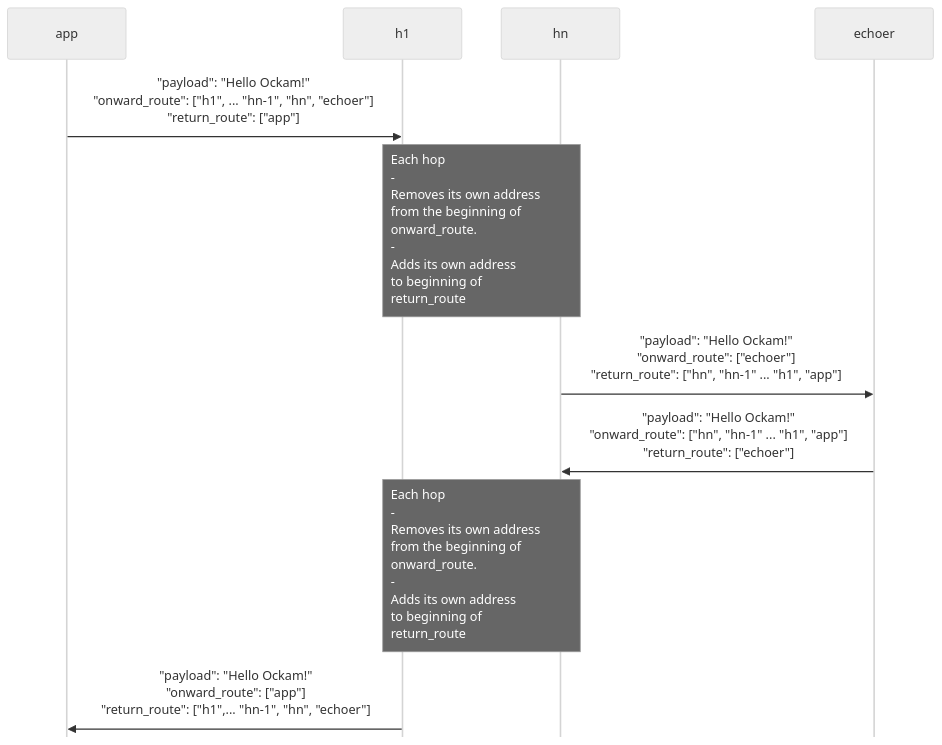
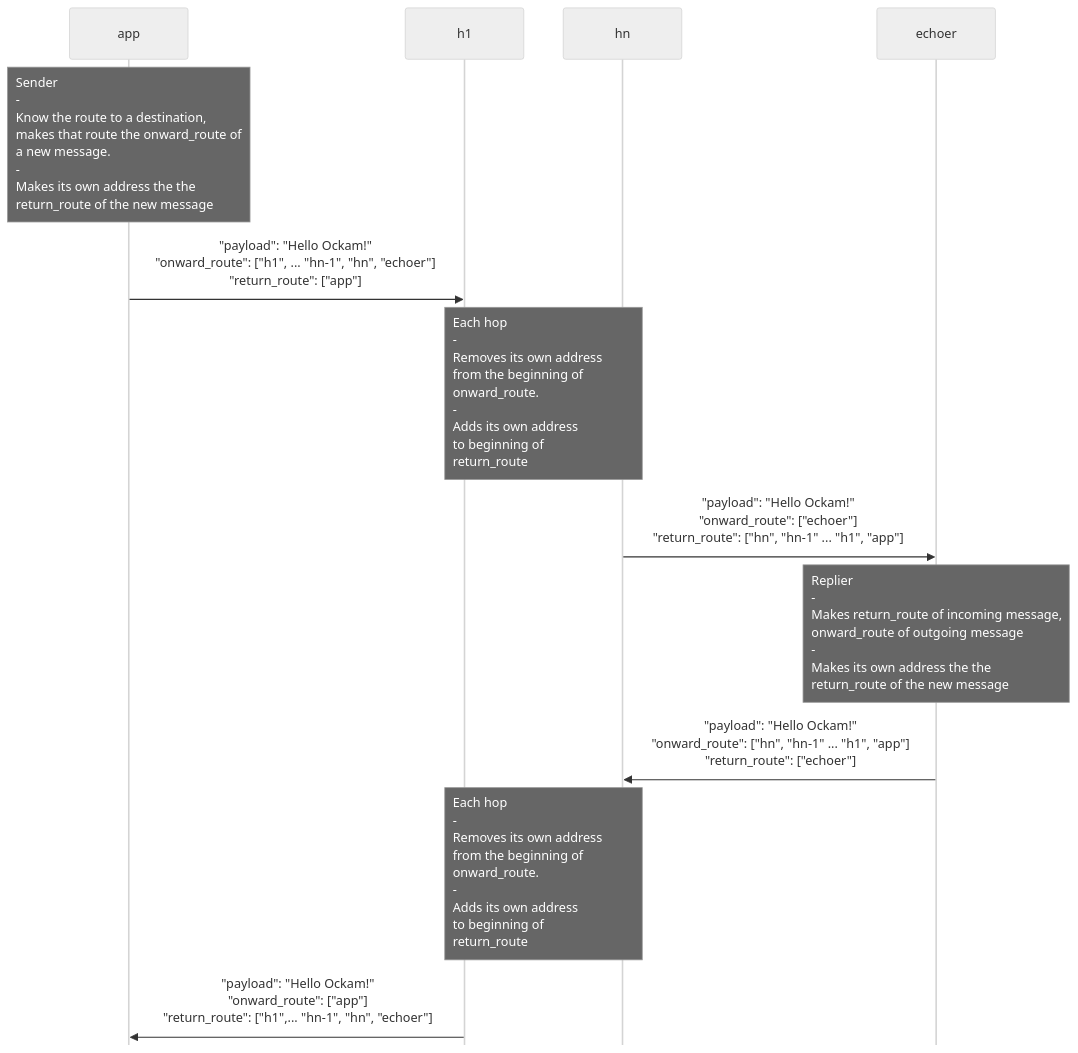
The third of 3 diagrams in libraries/rust/routing.md (build-trust/ockam-documentation), drawn with Mermaid (neutral theme) before and after one commit.

Commit message:
GitBook: [#468] No subject

````diff
--- a/libraries/rust/routing.md
+++ b/libraries/rust/routing.md
@@ -56,13 +56,15 @@
 ```mermaid
 %%{init: { "fontFamily": "monospace", "sequence": {"mirrorActors": false, "noteAlign": "left"} }}%%
 sequenceDiagram
+    Note over app:     Sender<br>-<br>Know the route to a destination,<br>makes that route the onward_route of<br>a new message.<br>-<br>Makes its own address the the<br>return_route of the new message
     app    ->> h1:     "payload": "Hello Ockam!"<br>"onward_route": ["h1", ... "hn-1", "hn", "echoer"]<br>"return_route": ["app"]
-    Note over h1,hn:   Each hop<br/>-<br/>Removes its own address <br>from the beginning of<br>onward_route.<br>-<br>Adds its own address<br>to beginning of<br>return_route
-
+    Note over h1,hn:   Each hop<br>-<br>Removes its own address <br>from the beginning of<br>onward_route.<br>-<br>Adds its own address<br>to beginning of<br>return_route
 
     hn     ->> echoer: "payload": "Hello Ockam!"<br>"onward_route": ["echoer"]<br>"return_route": ["hn", "hn-1" ... "h1", "app"]
+    Note over echoer:  Replier<br>-<br>Makes return_route of incoming message,<br>onward_route of outgoing message<br>-<br>Makes its own address the the<br>return_route of the new message
+
     echoer ->> hn:     "payload": "Hello Ockam!"<br>"onward_route": ["hn", "hn-1" ... "h1", "app"]<br>"return_route": ["echoer"]
 
-    Note over h1,hn:   Each hop<br/>-<br/>Removes its own address <br>from the beginning of<br>onward_route.<br>-<br>Adds its own address<br>to beginning of<br>return_route
+    Note over h1,hn:   Each hop<br>-<br>Removes its own address <br>from the beginning of<br>onward_route.<br>-<br>Adds its own address<br>to beginning of<br>return_route
     h1     ->> app:    "payload": "Hello Ockam!"<br>"onward_route": ["app"]<br>"return_route": ["h1",... "hn-1", "hn", "echoer"]
 ```
````
